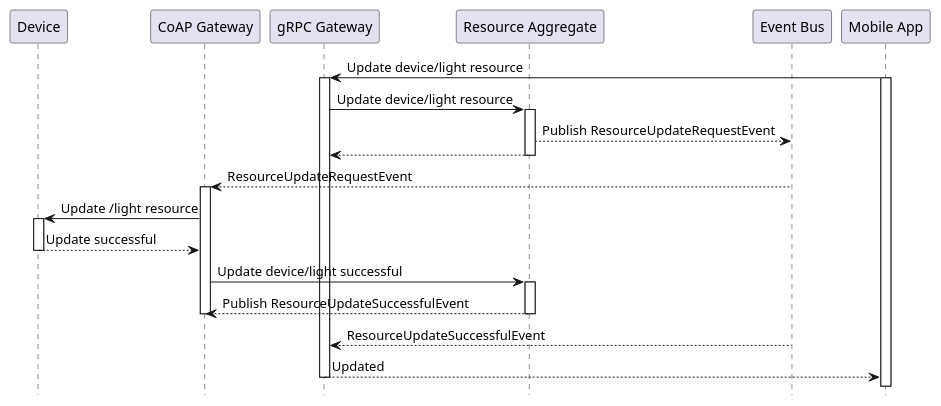
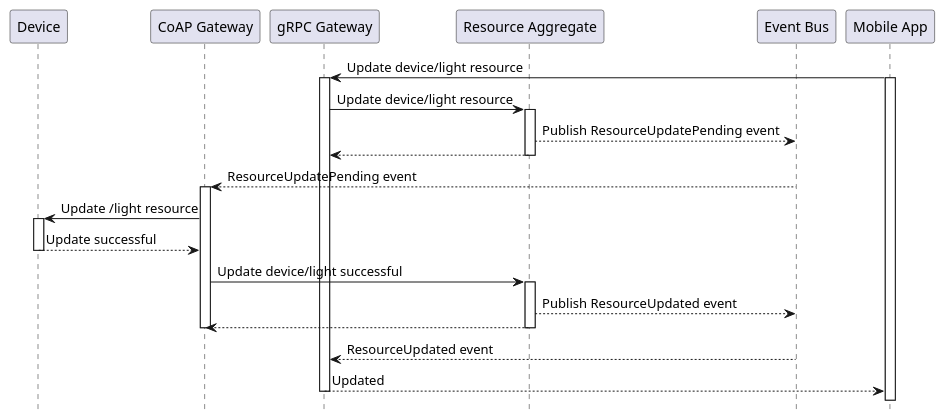
One commit to plgd-dev/doc changed the fifth of 6 diagrams in content/en/architecture/component-overview.md. Above: the diagram before and after it, drawn with PlantUML. The commit also changed 2 other files, not shown here.

Commit message:
grpc-client: add doc about time to live of commands (#13)

```diff
--- a/content/en/architecture/component-overview.md
+++ b/content/en/architecture/component-overview.md
@@ -183,29 +183,30 @@
 {{< plantuml id="resource-update" >}}
 @startuml Sequence
 skinparam backgroundColor transparent
 hide footbox
 
 participant D as "Device"
 participant CGW as "CoAP Gateway"
 participant GGW as "gRPC Gateway"
 participant RA as "Resource Aggregate"
 participant EB as "Event Bus"
 participant C as "Mobile App"
 
 C -> GGW ++: Update device/light resource
 activate C
 GGW -> RA ++: Update device/light resource
-RA --> EB: Publish ResourceUpdateRequestEvent
+RA --> EB: Publish ResourceUpdatePending event
 return
-EB --> CGW: ResourceUpdateRequestEvent
+EB --> CGW: ResourceUpdatePending event
 activate CGW
 CGW -> D ++: Update /light resource
 return Update successful
 CGW -> RA ++: Update device/light successful
-return Publish ResourceUpdateSuccessfulEvent
+RA --> EB: Publish ResourceUpdated event
+return
 deactivate CGW
-EB --> GGW: ResourceUpdateSuccessfulEvent
+EB --> GGW: ResourceUpdated event
 return Updated
 
 @enduml
 {{< /plantuml >}}
```
